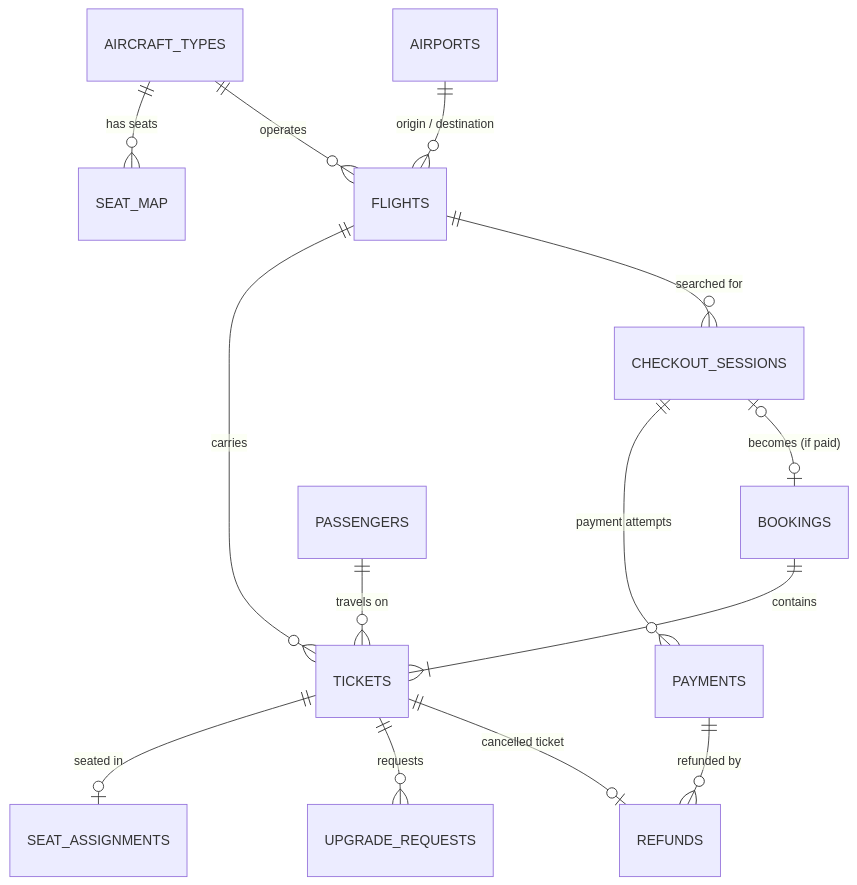
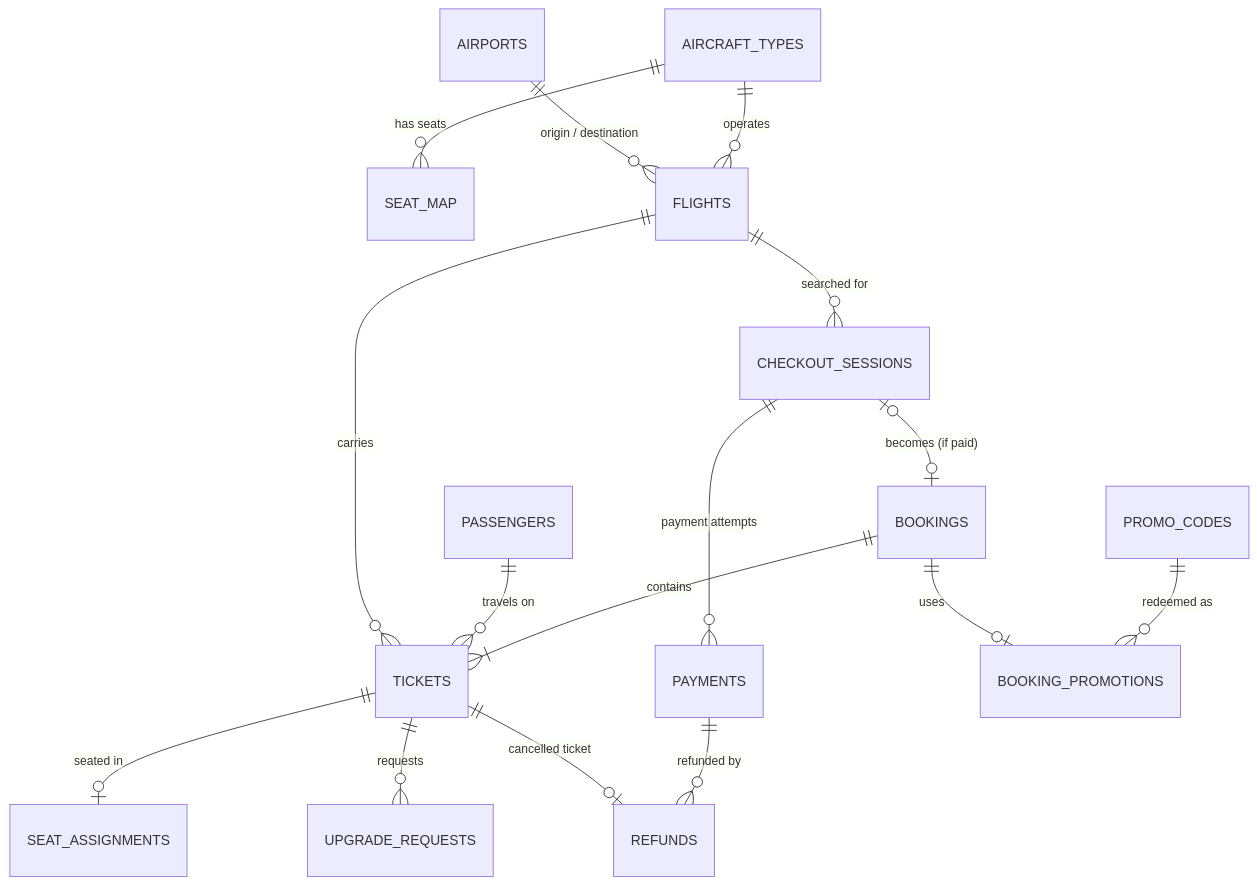
The diagram in README.md (valentinasimao/airline-booking-sql), drawn with Mermaid before and after one commit. The commit also changed other lines of this file and 18 other files, not shown here.

First line of the commit message:
Add promo codes: campaign performance and rule-violation audit

````diff
--- a/README.md
+++ b/README.md
@@ -38,16 +41,18 @@
 ```mermaid
 erDiagram
     AIRCRAFT_TYPES ||--o{ SEAT_MAP : "has seats"
     AIRCRAFT_TYPES ||--o{ FLIGHTS : "operates"
     AIRPORTS ||--o{ FLIGHTS : "origin / destination"
     BOOKINGS ||--|{ TICKETS : "contains"
     PASSENGERS ||--o{ TICKETS : "travels on"
     FLIGHTS ||--o{ TICKETS : "carries"
     TICKETS ||--o| SEAT_ASSIGNMENTS : "seated in"
     TICKETS ||--o{ UPGRADE_REQUESTS : "requests"
     FLIGHTS ||--o{ CHECKOUT_SESSIONS : "searched for"
     CHECKOUT_SESSIONS ||--o{ PAYMENTS : "payment attempts"
     CHECKOUT_SESSIONS |o--o| BOOKINGS : "becomes (if paid)"
     PAYMENTS ||--o{ REFUNDS : "refunded by"
     TICKETS ||--o| REFUNDS : "cancelled ticket"
+    PROMO_CODES ||--o{ BOOKING_PROMOTIONS : "redeemed as"
+    BOOKINGS ||--o| BOOKING_PROMOTIONS : "uses"
 ```
````
